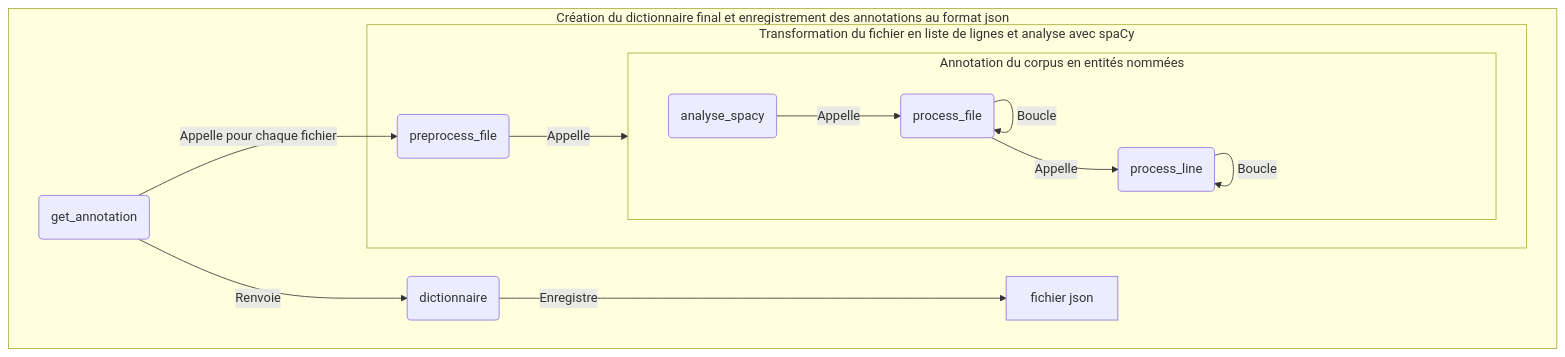
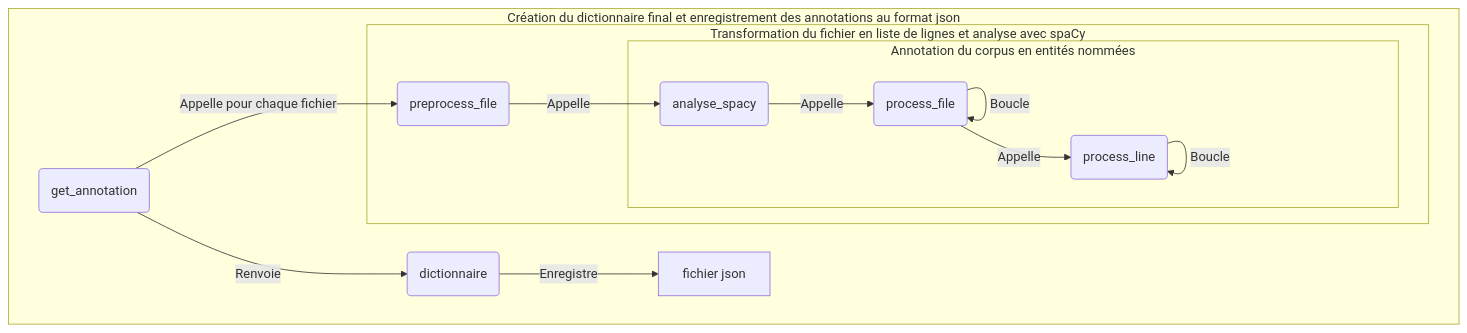
One commit to AgatheWallet/Projet_M2S2_Pap changed the diagram in Groupe3/rapport_groupe3.md. Above: the diagram before and after it, drawn with Mermaid.

Commit message:
enfin un graph qui marche

````diff
--- a/Groupe3/rapport_groupe3.md
+++ b/Groupe3/rapport_groupe3.md
@@ -58,23 +58,21 @@
 ```mermaid
 flowchart TB
 
 subgraph "Création du dictionnaire final et enregistrement des annotations au format json"
   A(get_annotation) -- "Appelle pour chaque fichier" --> B(preprocess_file)
 
   subgraph "Transformation du fichier en liste de lignes et analyse avec spaCy"
     B -- "Appelle" --> C(analyse_spacy)
 
     subgraph "Annotation du corpus en entités nommées"
-      direction LR
-
       C -- "Appelle" --> D(process_file)
       D -- "Appelle" --> E(process_line)
       D -- "Boucle" --> D
       E -- "Boucle" --> E
     end
   end
 
   A -- "Renvoie" --> F(dictionnaire)
   F -- "Enregistre" --> G[fichier json]
 end
 ```
````
